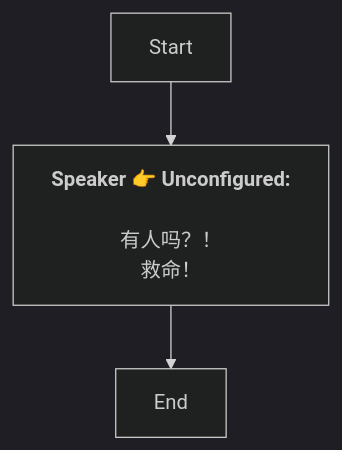
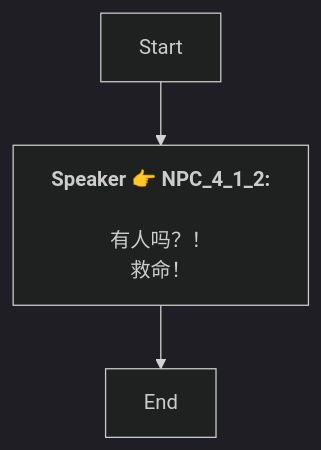
Before and after one commit to SoftHu/tos_avg: the diagram in Zh/Dialog_55003939917700.md, drawn with Mermaid (dark theme). The commit also changed 737 other files, not shown here.

````diff
--- a/Zh/Dialog_55003939917700.md
+++ b/Zh/Dialog_55003939917700.md
@@ -1,9 +1,8 @@
 ```mermaid
 graph
-Start -->1760126092401287[<b>Speaker 👉 Unconfigured:</b>
-
-有人吗？！
+Start -->1760126092401287[<b>Speaker 👉 NPC_4_1_2:</b>
+\n有人吗？！
 救命！]
 1760126092401287 -->1760126094372488[End]
 
- ```
+```
````
